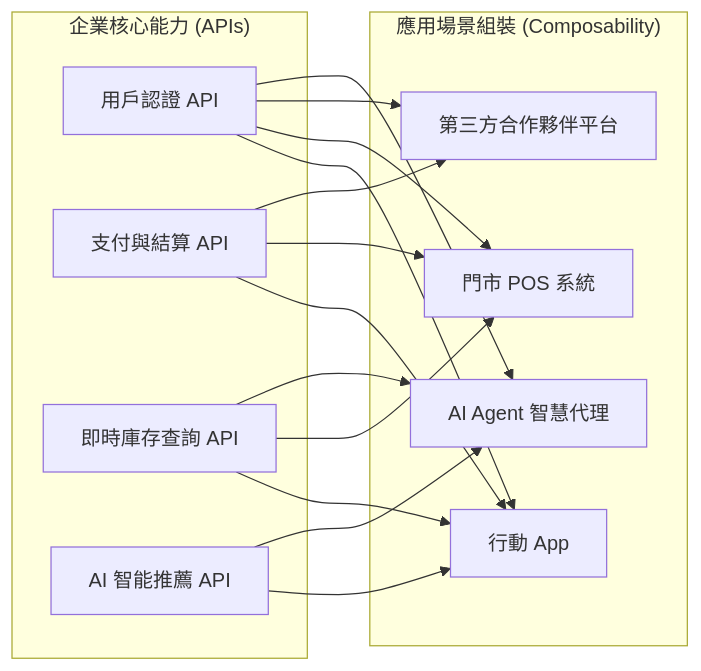
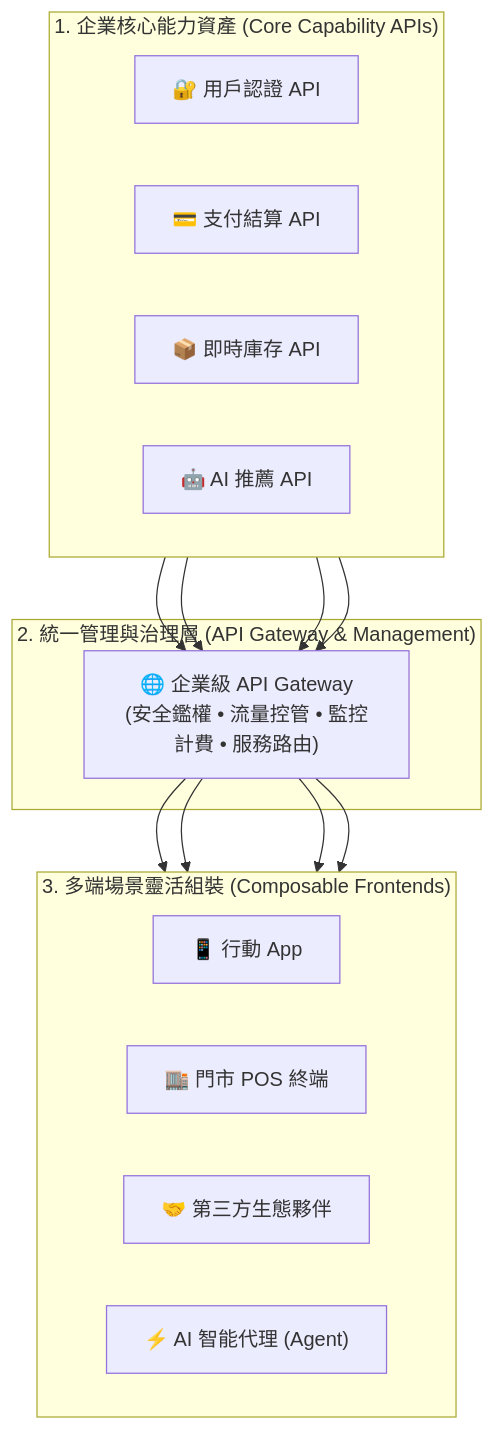
Before and after one commit to billy1030/digital-tranformation-learning: the second of 3 diagrams in 03-modern-tech-and-data-foundation.md, drawn with Mermaid. The commit also changed 1 other file, not shown here.

Commit message:
refactor(mermaid): reorganize diagram 03.2 into clean 3-layer Hub-and-Spoke architecture

````diff
--- a/03-modern-tech-and-data-foundation.md
+++ b/03-modern-tech-and-data-foundation.md
@@ -47,29 +47,31 @@
 ```mermaid
-flowchart LR
-    subgraph S3["企業核心能力 (APIs)"]
-        A1["用戶認證 API"]
-        A2["支付與結算 API"]
-        A3["即時庫存查詢 API"]
-        A4["AI 智能推薦 API"]
+flowchart TD
+    subgraph S1["1. 企業核心能力資產 (Core Capability APIs)"]
+        direction LR
+        A1["🔐 用戶認證 API"]
+        A2["💳 支付結算 API"]
+        A3["📦 即時庫存 API"]
+        A4["🤖 AI 推薦 API"]
     end
 
-    subgraph S4["應用場景組裝 (Composability)"]
-        B1["行動 App"]
-        B2["門市 POS 系統"]
-        B3["第三方合作夥伴平台"]
-        B4["AI Agent 智慧代理"]
+    subgraph S2["2. 統一管理與治理層 (API Gateway & Management)"]
+        GW["🌐 企業級 API Gateway<br/>(安全鑑權 • 流量控管 • 監控計費 • 服務路由)"]
     end
 
-    A1 --> B1
-    A1 --> B2
-    A1 --> B3
-    A1 --> B4
-    A2 --> B1
-    A2 --> B2
-    A2 --> B3
-    A3 --> B1
-    A3 --> B2
-    A3 --> B4
-    A4 --> B1
-    A4 --> B4
+    subgraph S3["3. 多端場景靈活組裝 (Composable Frontends)"]
+        direction LR
+        B1["📱 行動 App"]
+        B2["🏬 門市 POS 終端"]
+        B3["🤝 第三方生態夥伴"]
+        B4["⚡ AI 智能代理 (Agent)"]
+    end
+
+    A1 --> GW
+    A2 --> GW
+    A3 --> GW
+    A4 --> GW
+    GW --> B1
+    GW --> B2
+    GW --> B3
+    GW --> B4
 ```
````
